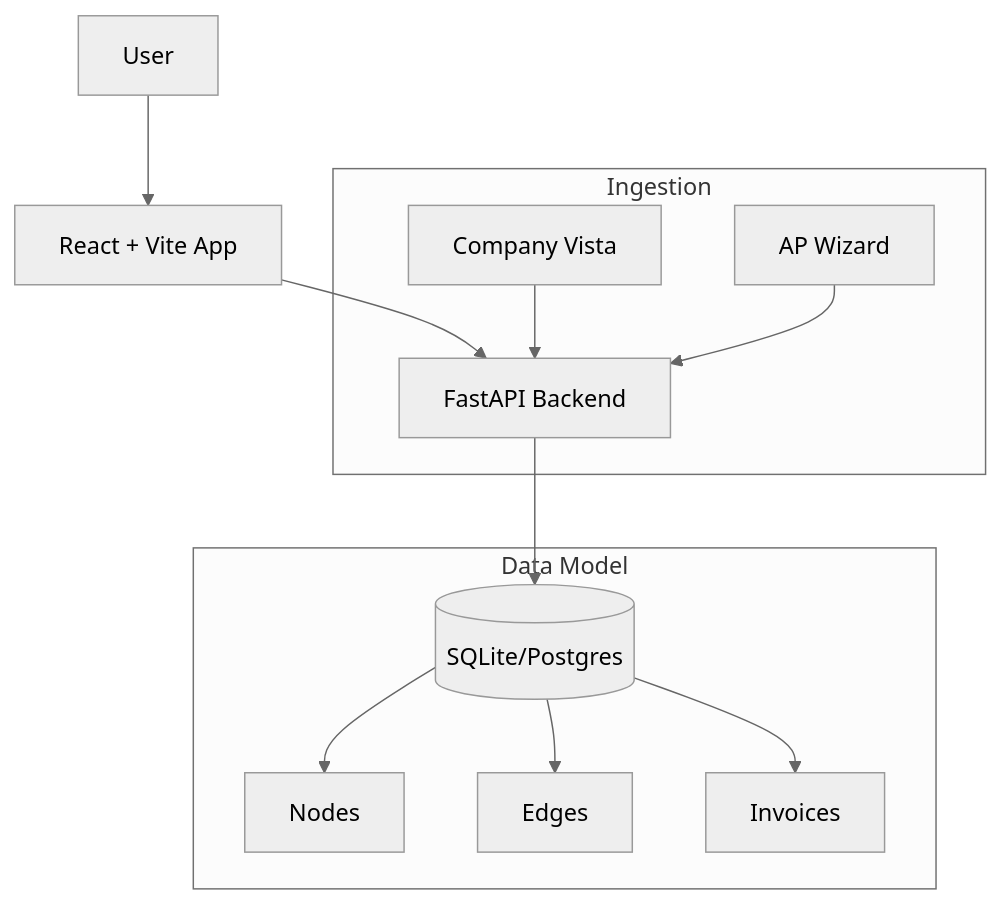
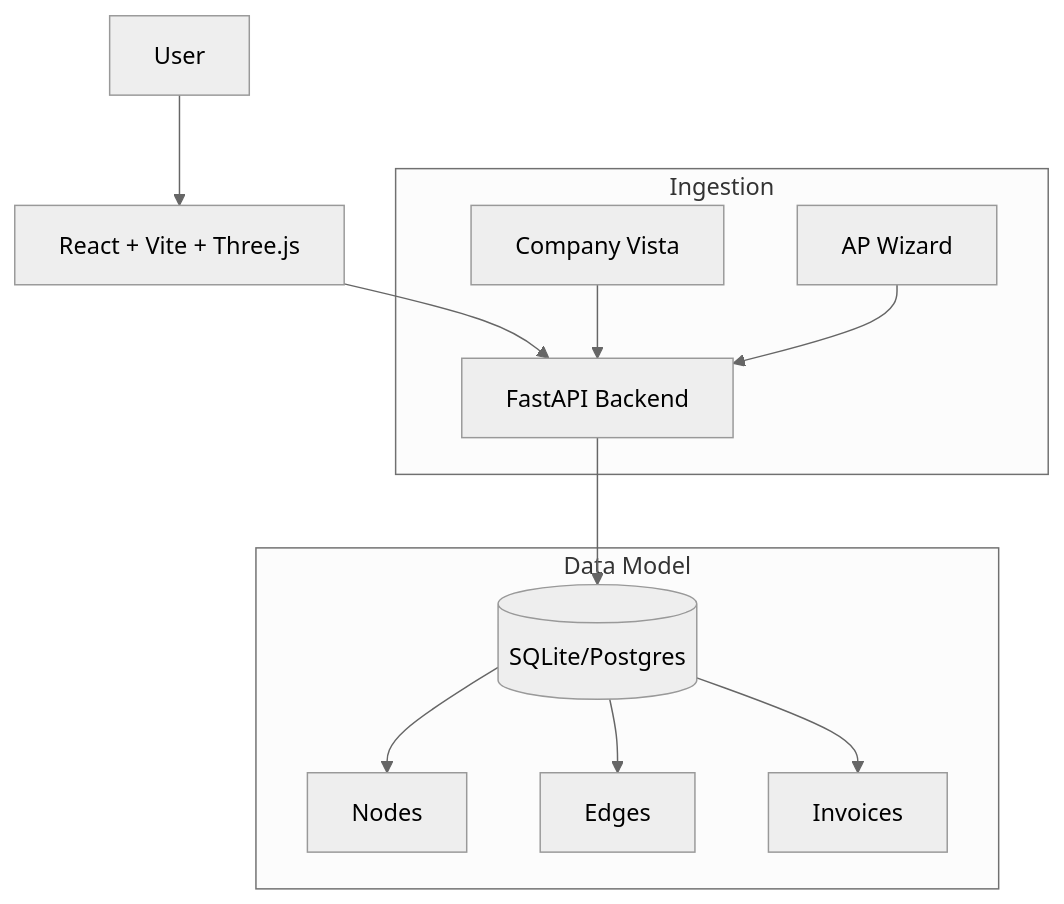
One commit to MounirMezianiOC/OC_Schema changed the diagram in README.md. Above: the diagram before and after it, drawn with Mermaid (neutral theme). The commit also changed other lines of this file, not shown here.

````diff
--- a/README.md
+++ b/README.md
@@ -7,17 +21,17 @@
 ```mermaid
 graph TD
-    User[User] --> Frontend[React + Vite App]
+    User[User] --> Frontend[React + Vite + Three.js]
     Frontend --> API[FastAPI Backend]
     API --> DB[(SQLite/Postgres)]
     
     subgraph Ingestion
         Vista[Company Vista] --> API
         APW[AP Wizard] --> API
     end
     
     subgraph Data Model
         DB --> Nodes
         DB --> Edges
         DB --> Invoices
     end
 ```
````
